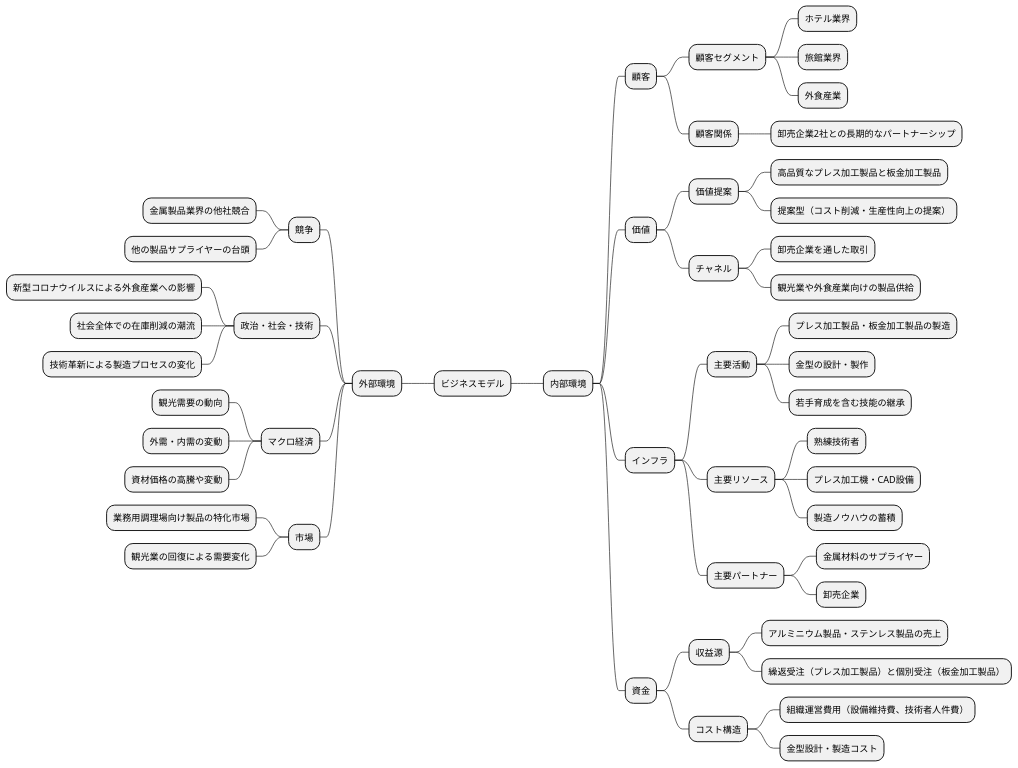
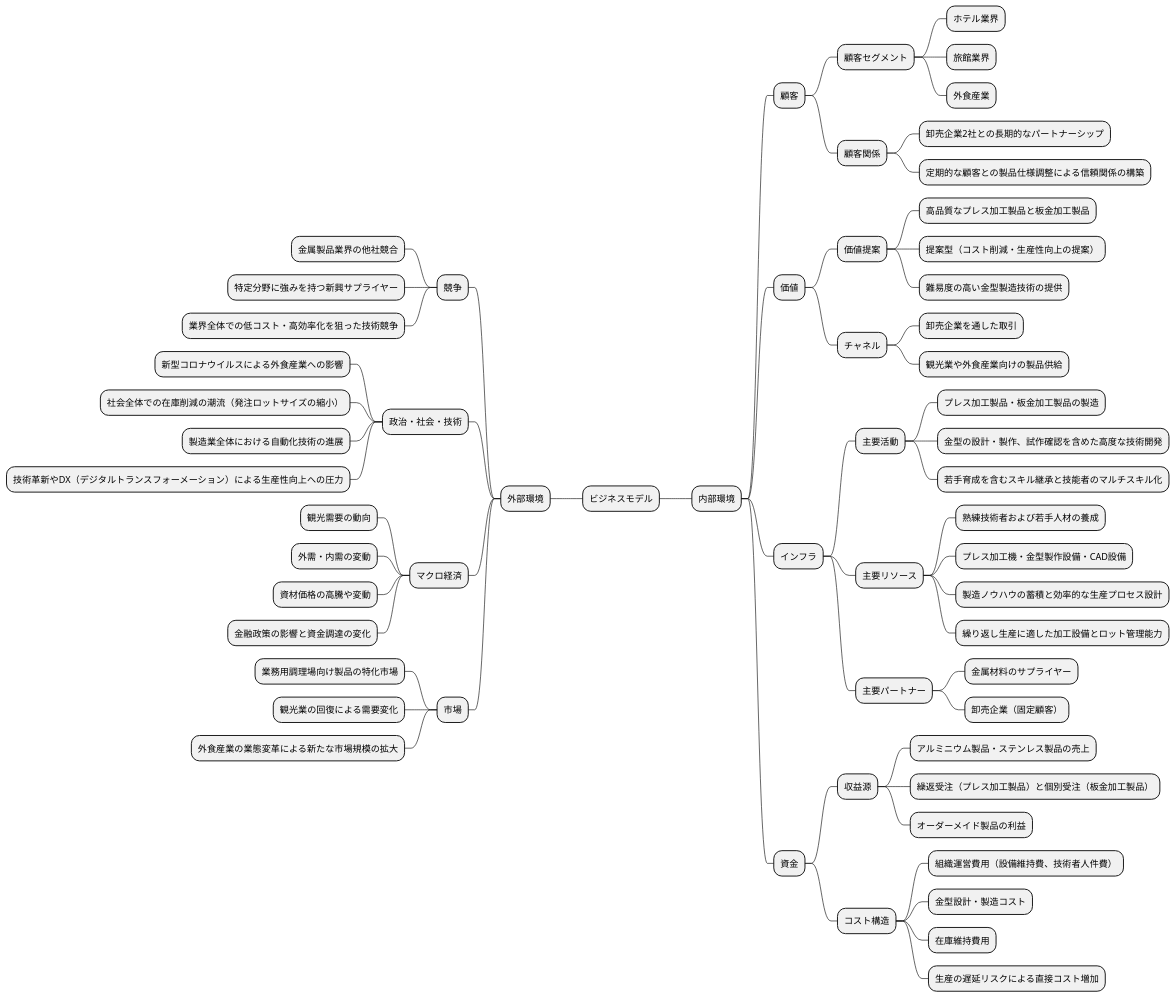
Before and after one commit to k2works/case-study-business-analysis: the second of 19 diagrams in docs/case/r04_case_3.adoc, drawn with PlantUML. The commit also changed other lines of this file, not shown here.

```diff
--- a/docs/case/r04_case_3.adoc
+++ b/docs/case/r04_case_3.adoc
@@ -86,58 +86,68 @@
 [plantuml]
 ----
 @startmindmap
 
 * ビジネスモデル
 ** 内部環境
 *** 顧客
 **** 顧客セグメント
 ***** ホテル業界
 ***** 旅館業界
 ***** 外食産業
 **** 顧客関係
 ***** 卸売企業2社との長期的なパートナーシップ
+***** 定期的な顧客との製品仕様調整による信頼関係の構築
 *** 価値
 **** 価値提案
 ***** 高品質なプレス加工製品と板金加工製品
 ***** 提案型（コスト削減・生産性向上の提案）
+***** 難易度の高い金型製造技術の提供
 **** チャネル
 ***** 卸売企業を通した取引
 ***** 観光業や外食産業向けの製品供給
 *** インフラ
 **** 主要活動
 ***** プレス加工製品・板金加工製品の製造
-***** 金型の設計・製作
-***** 若手育成を含む技能の継承
+***** 金型の設計・製作、試作確認を含めた高度な技術開発
+***** 若手育成を含むスキル継承と技能者のマルチスキル化
 **** 主要リソース
-***** 熟練技術者
-***** プレス加工機・CAD設備
-***** 製造ノウハウの蓄積
+***** 熟練技術者および若手人材の養成
+***** プレス加工機・金型製作設備・CAD設備
+***** 製造ノウハウの蓄積と効率的な生産プロセス設計
+***** 繰り返し生産に適した加工設備とロット管理能力
 **** 主要パートナー
 ***** 金属材料のサプライヤー
-***** 卸売企業
+***** 卸売企業（固定顧客）
 *** 資金
 **** 収益源
 ***** アルミニウム製品・ステンレス製品の売上
 ***** 繰返受注（プレス加工製品）と個別受注（板金加工製品）
+***** オーダーメイド製品の利益
 **** コスト構造
 ***** 組織運営費用（設備維持費、技術者人件費）
 ***** 金型設計・製造コスト
+***** 在庫維持費用
+***** 生産の遅延リスクによる直接コスト増加
 left side
 ** 外部環境
 *** 競争
 **** 金属製品業界の他社競合
-**** 他の製品サプライヤーの台頭
+**** 特定分野に強みを持つ新興サプライヤー
+**** 業界全体での低コスト・高効率化を狙った技術競争
 *** 政治・社会・技術
 **** 新型コロナウイルスによる外食産業への影響
-**** 社会全体での在庫削減の潮流
-**** 技術革新による製造プロセスの変化
+**** 社会全体での在庫削減の潮流（発注ロットサイズの縮小）
+**** 製造業全体における自動化技術の進展
+**** 技術革新やDX（デジタルトランスフォーメーション）による生産性向上への圧力
 *** マクロ経済
 **** 観光需要の動向
 **** 外需・内需の変動
 **** 資材価格の高騰や変動
+**** 金融政策の影響と資金調達の変化
 *** 市場
 **** 業務用調理場向け製品の特化市場
 **** 観光業の回復による需要変化
+**** 外食産業の業態変革による新たな市場規模の拡大
 
 @endmindmap
 ----
```
